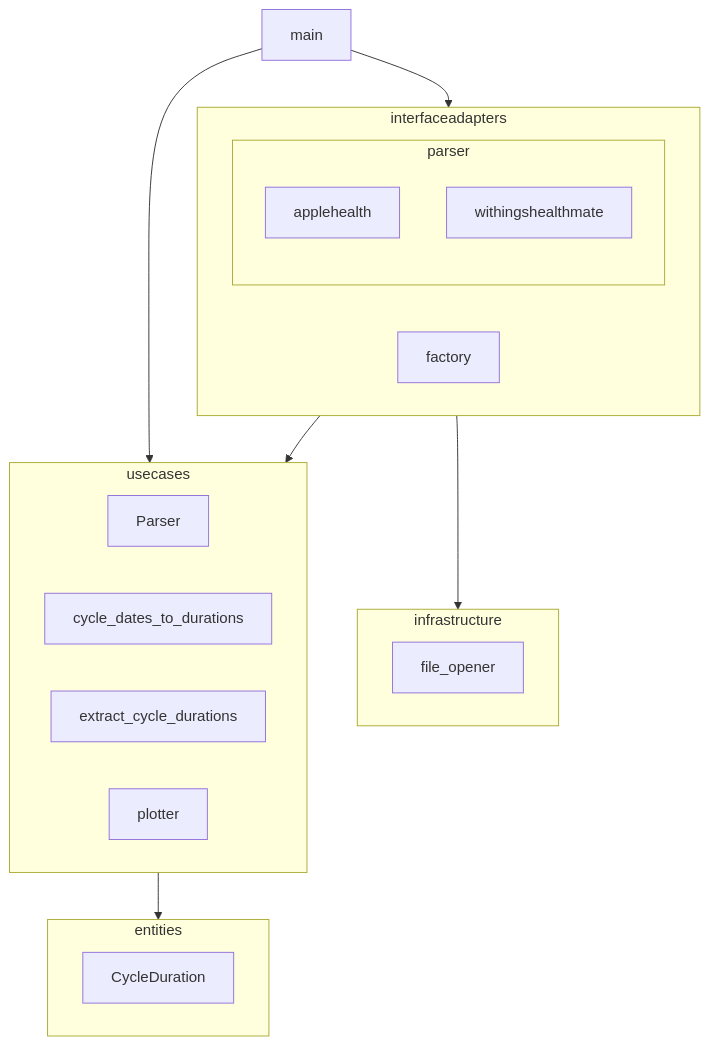
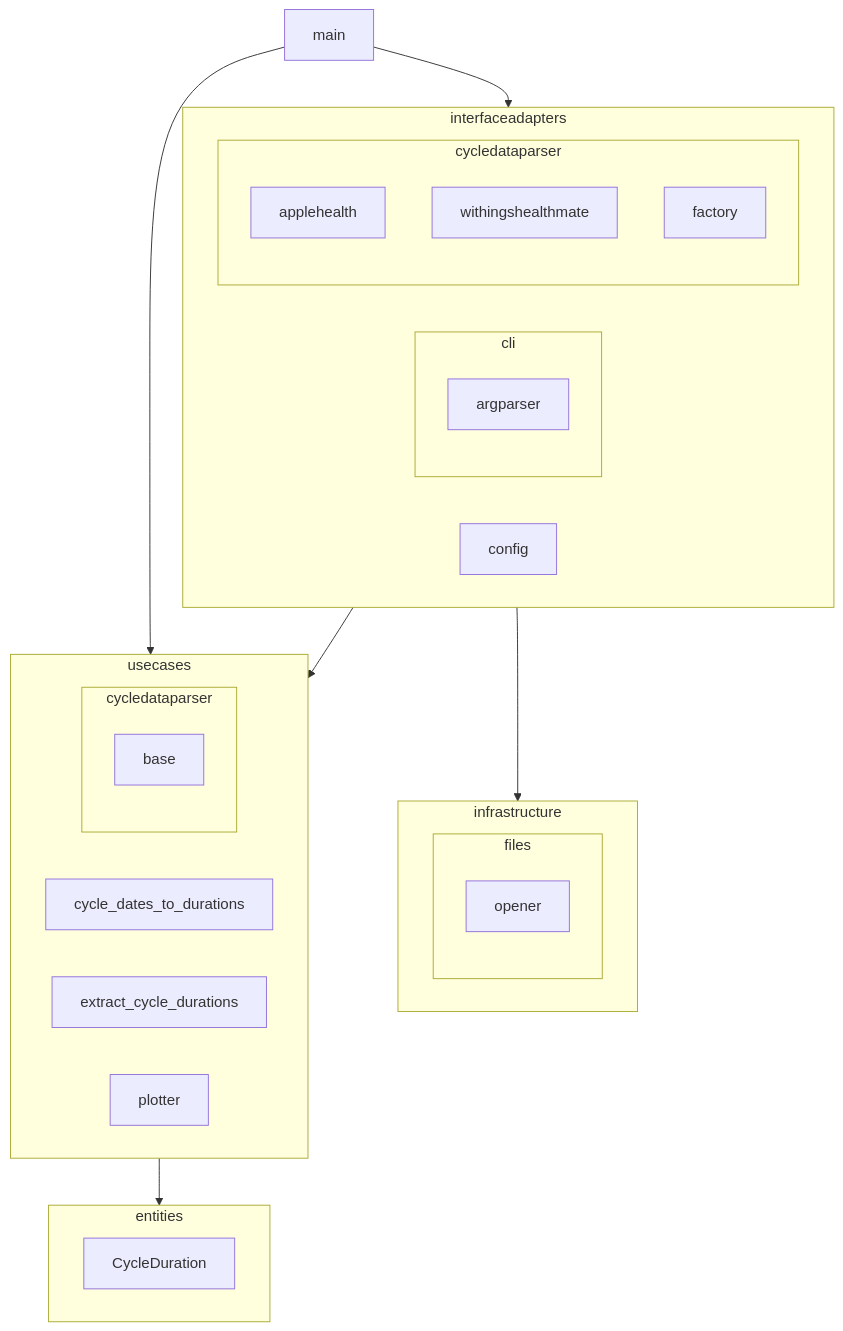
The third of 4 diagrams in docs/architecture.md (caarmen/cycle-plotter), drawn with Mermaid before and after one commit. The commit also changed other lines of this file and 15 other files, not shown here.

````diff
--- a/docs/architecture.md
+++ b/docs/architecture.md
@@ -20,29 +43,37 @@
 ```mermaid
 flowchart TD
     subgraph entities
         CycleDuration
     end
     subgraph infrastructure
-        file_opener
+        subgraph files
+            opener
+        end
     end
     subgraph interfaceadapters
-        subgraph parser
+        subgraph cli
+            argparser
+        end
+        subgraph cycledataparser
             applehealth
             withingshealthmate
+            factory
         end
-        factory
+        config
     end
     subgraph usecases
-        Parser
+        subgraph icycledataparser[cycledataparser]
+            base
+        end
         cycle_dates_to_durations
         extract_cycle_durations
         plotter
     end
     main
 
     main --> usecases
     main --> interfaceadapters
     interfaceadapters --> infrastructure
     interfaceadapters --> usecases
     usecases --> entities
 ```
````
